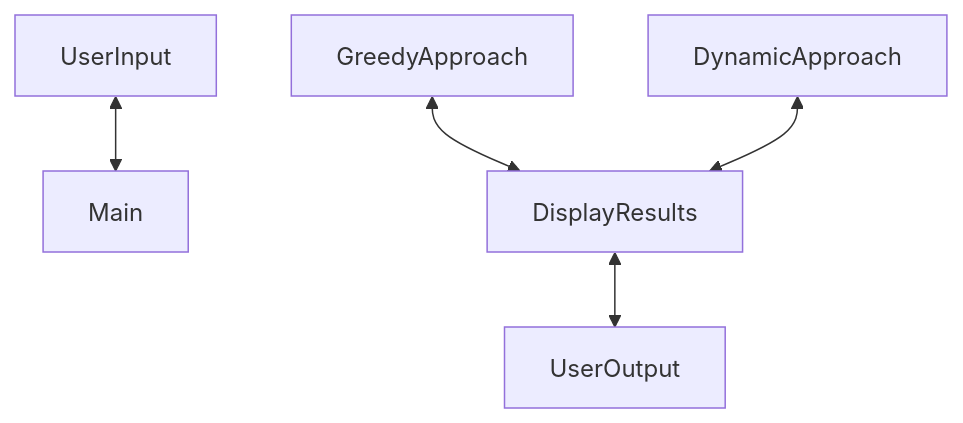
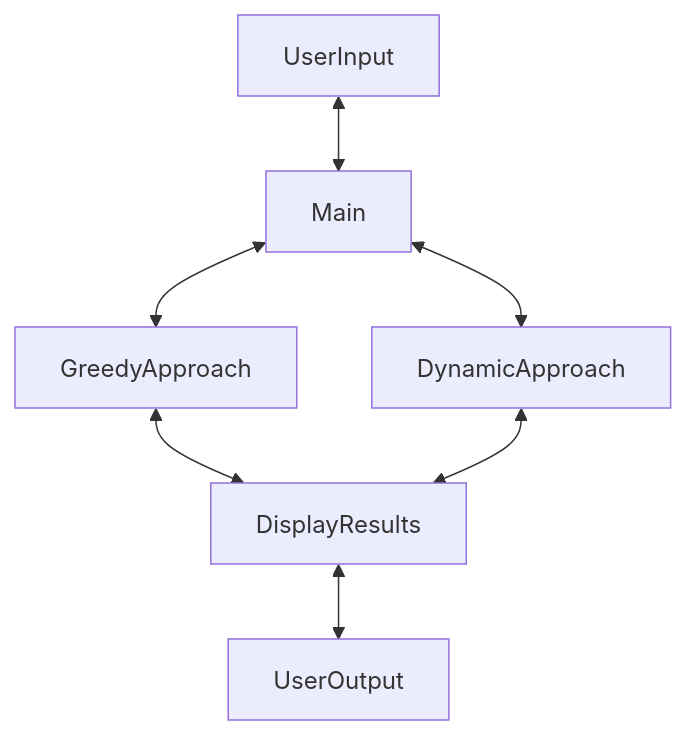
Before and after one commit to SamHammami/COMP318_Proj3: the diagram in README.md, drawn with Mermaid.

Commit message:
saturday update 11:28pm README

````diff
--- a/README.md
+++ b/README.md
@@ -25,7 +25,9 @@
  ```mermaid
 graph TD;
     UserInput<--> Main;
+    Main<-->GreedyApproach;
+    Main<-->DynamicApproach;
     GreedyApproach<-->DisplayResults;
     DynamicApproach<-->DisplayResults;
     DisplayResults<-->UserOutput;
 ```
````
